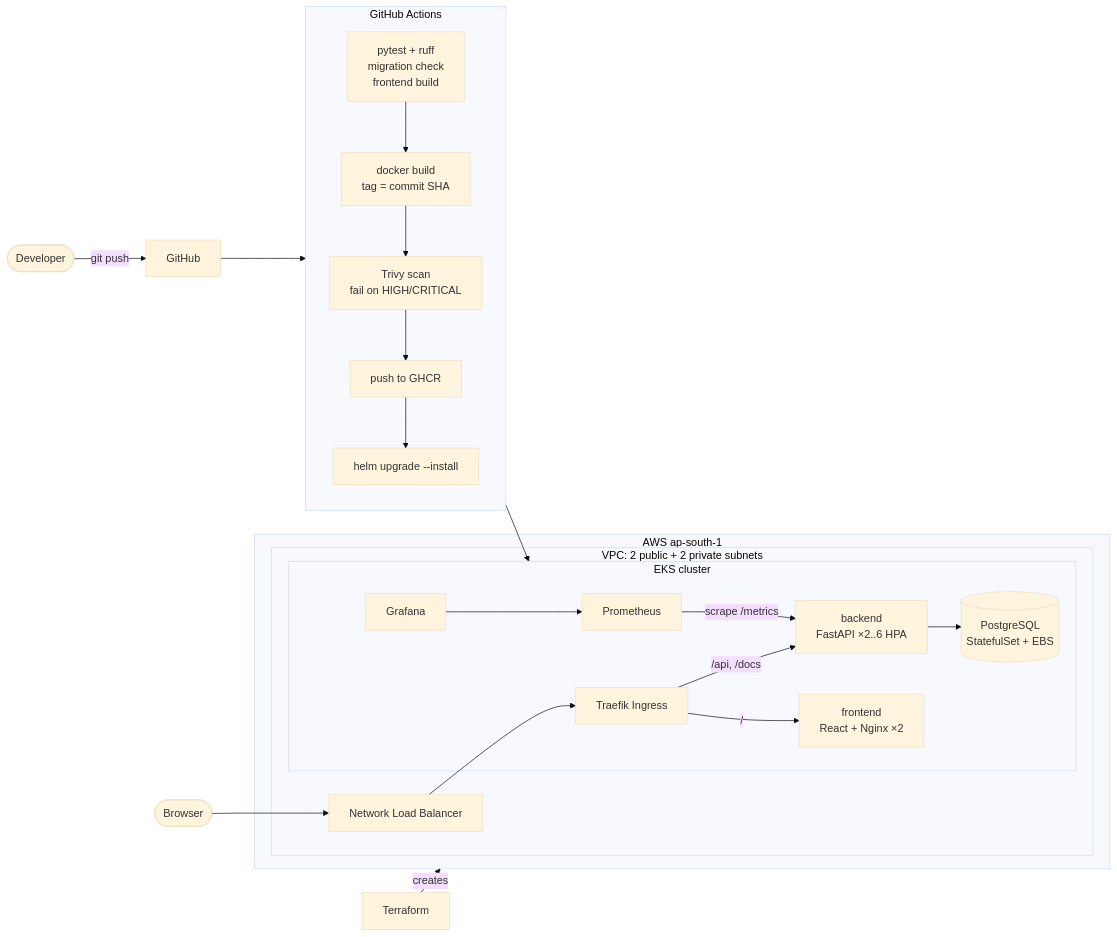
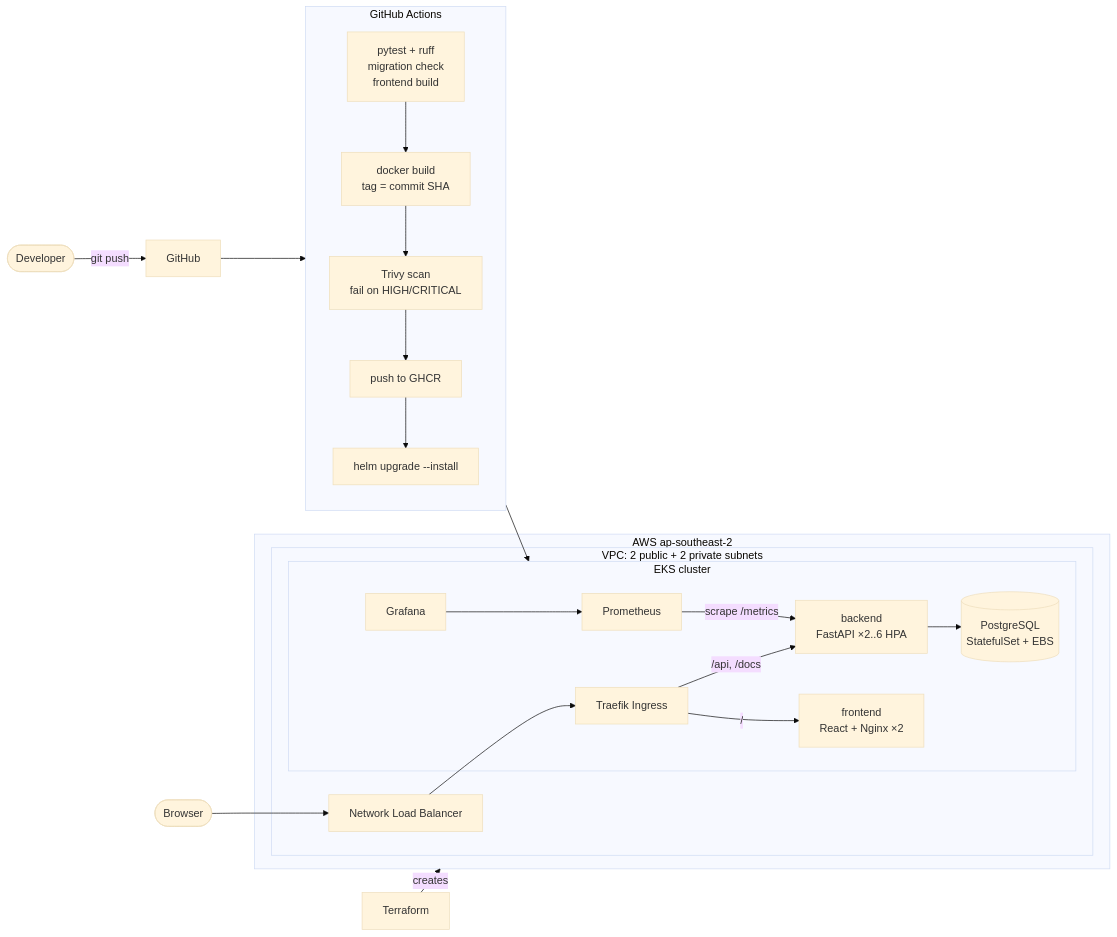
One commit to AaditDhariwal21/DevOps---EndTermProject changed the diagram in README.md. Above: the diagram before and after it, drawn with Mermaid (base theme). The commit also changed other lines of this file and 7 other files, not shown here.

````diff
--- a/README.md
+++ b/README.md
@@ -39,31 +39,31 @@
 ```mermaid
 flowchart LR
     dev([Developer]) -->|git push| gh[GitHub]
     gh --> ci
 
     subgraph ci[GitHub Actions]
         direction TB
         t[pytest + ruff<br/>migration check<br/>frontend build] --> b[docker build<br/>tag = commit SHA]
         b --> s[Trivy scan<br/>fail on HIGH/CRITICAL]
         s --> p[push to GHCR]
         p --> d[helm upgrade --install]
     end
 
     tf[Terraform] -->|creates| aws
 
-    subgraph aws[AWS ap-south-1]
+    subgraph aws[AWS ap-southeast-2]
         subgraph vpc[VPC: 2 public + 2 private subnets]
             nlb[Network Load Balancer]
             subgraph eks[EKS cluster]
                 tr[Traefik Ingress] -->|/| fe[frontend<br/>React + Nginx ×2]
                 tr -->|/api, /docs| be[backend<br/>FastAPI ×2..6 HPA]
                 be --> pg[(PostgreSQL<br/>StatefulSet + EBS)]
                 prom[Prometheus] -->|scrape /metrics| be
                 graf[Grafana] --> prom
             end
         end
     end
 
     d --> eks
     user([Browser]) --> nlb --> tr
 ```
````
